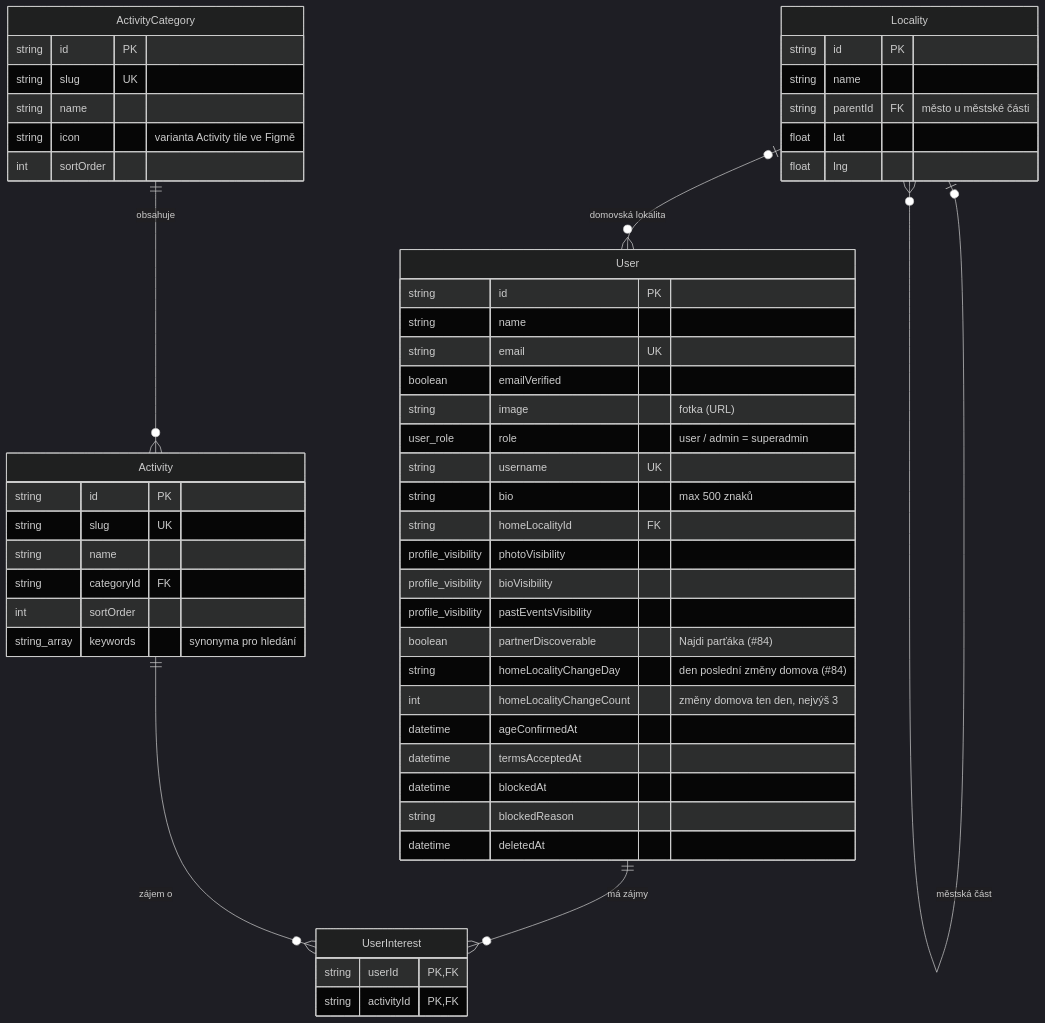
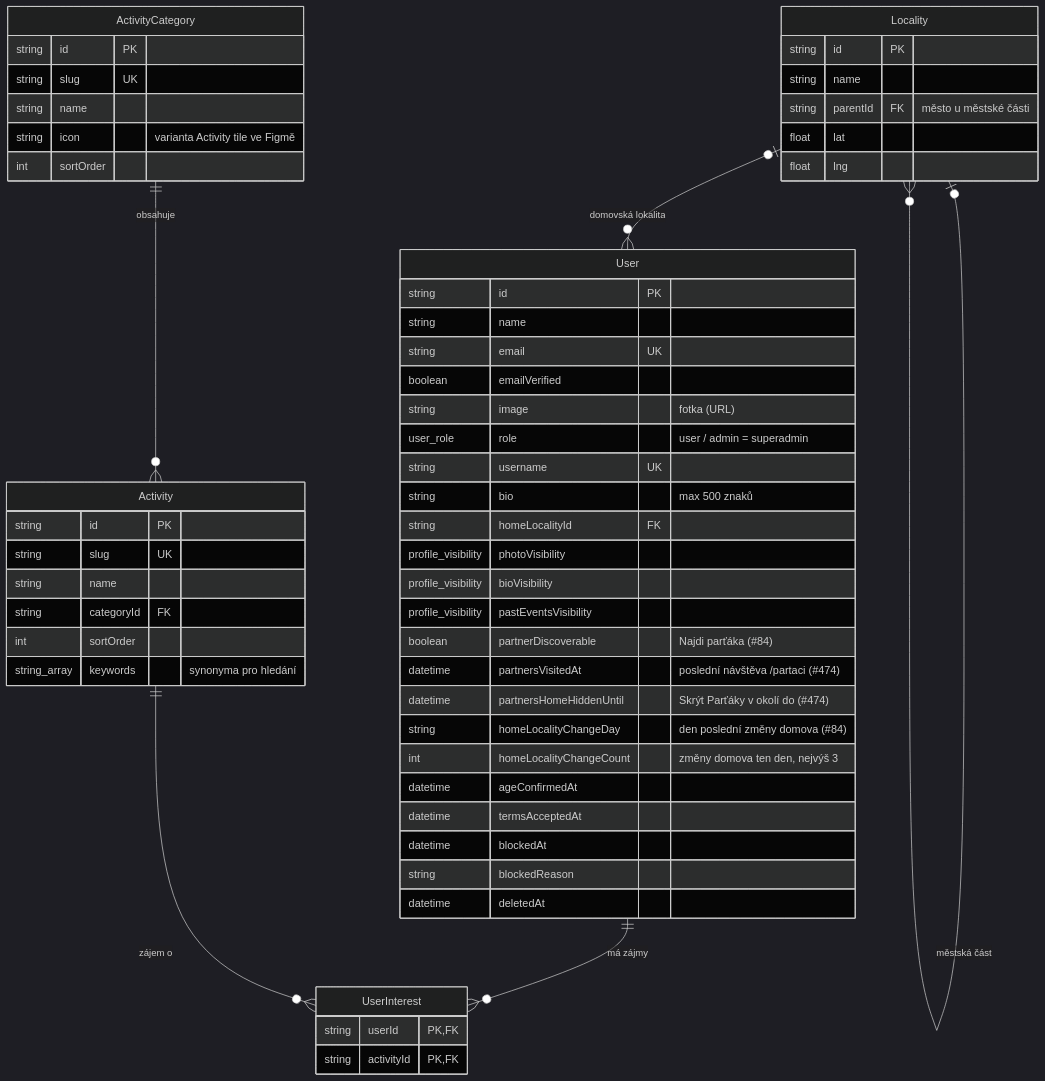
Before and after one commit to applifting-vsecourse/team-3: the first of 3 diagrams in docs/datovy-model.md, drawn with Mermaid (dark theme). The commit also changed other lines of this file and 12 other files, not shown here.

First line of the commit message:
feat(partners): Parťáci v okolí na úvodní stránce – API se stropem na serveru (#474)

````diff
--- a/docs/datovy-model.md
+++ b/docs/datovy-model.md
@@ -39,57 +39,59 @@
 ```mermaid
 erDiagram
     User ||--o{ UserInterest : "má zájmy"
     Activity ||--o{ UserInterest : "zájem o"
     ActivityCategory ||--o{ Activity : "obsahuje"
     Locality |o--o{ Locality : "městská část"
     Locality |o--o{ User : "domovská lokalita"
 
     User {
         string id PK
         string name
         string email UK
         boolean emailVerified
         string image "fotka (URL)"
         user_role role "user / admin = superadmin"
         string username UK
         string bio "max 500 znaků"
         string homeLocalityId FK
         profile_visibility photoVisibility
         profile_visibility bioVisibility
         profile_visibility pastEventsVisibility
         boolean partnerDiscoverable "Najdi parťáka (#84)"
+        datetime partnersVisitedAt "poslední návštěva /partaci (#474)"
+        datetime partnersHomeHiddenUntil "Skrýt Parťáky v okolí do (#474)"
         string homeLocalityChangeDay "den poslední změny domova (#84)"
         int homeLocalityChangeCount "změny domova ten den, nejvýš 3"
         datetime ageConfirmedAt
         datetime termsAcceptedAt
         datetime blockedAt
         string blockedReason
         datetime deletedAt
     }
     UserInterest {
         string userId PK, FK
         string activityId PK, FK
     }
     ActivityCategory {
         string id PK
         string slug UK
         string name
         string icon "varianta Activity tile ve Figmě"
         int sortOrder
     }
     Activity {
         string id PK
         string slug UK
         string name
         string categoryId FK
         int sortOrder
         string_array keywords "synonyma pro hledání"
     }
     Locality {
         string id PK
         string name
         string parentId FK "město u městské části"
         float lat
         float lng
     }
 ```
````
